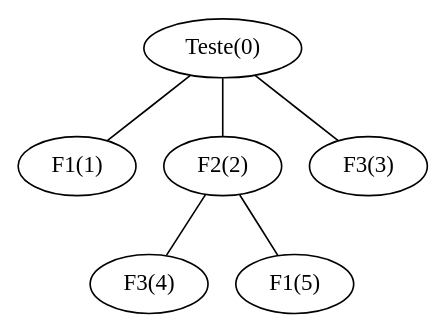
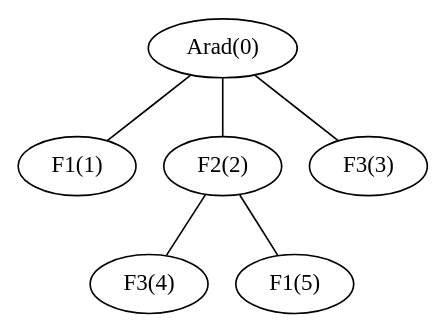
One commit to thiago9864/inteligencia_artificial changed the diagram in trabalho2/arvore.gv. Above: the diagram before and after it, drawn with Graphviz. The commit also changed 2 other files, not shown here.

```diff
--- a/trabalho2/arvore.gv
+++ b/trabalho2/arvore.gv
@@ -1,7 +1,7 @@
 graph {
-   "Teste(0)"--"F1(1)"
-   "Teste(0)"--"F2(2)"
-   "Teste(0)"--"F3(3)"
+   "Arad(0)"--"F1(1)"
+   "Arad(0)"--"F2(2)"
+   "Arad(0)"--"F3(3)"
    "F2(2)"--"F3(4)"
    "F2(2)"--"F1(5)"
 }
```
